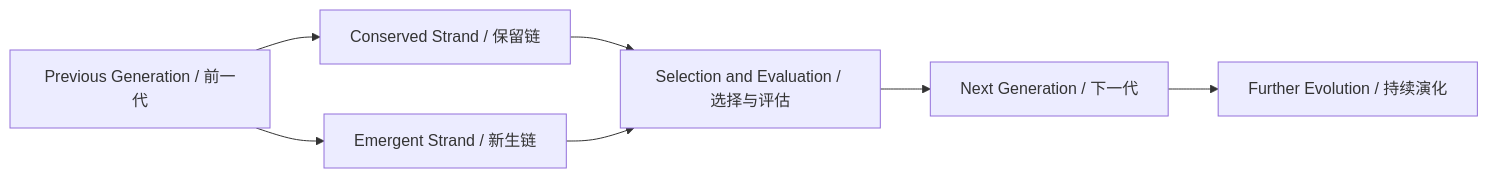
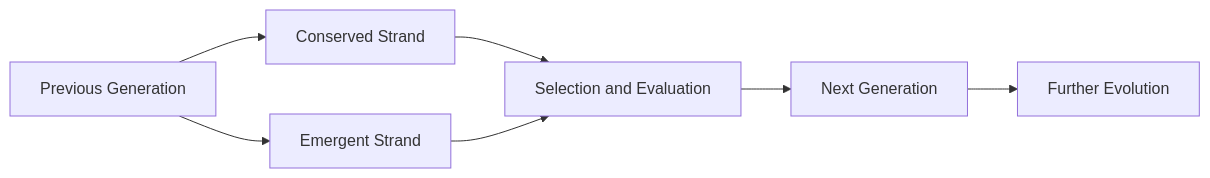
Before and after one commit to televgtamfe-coder/HelixForge: the fifth of 8 diagrams in README.md, drawn with Mermaid. The commit also changed other lines of this file and 1 other file, not shown here.

````diff
--- a/README.md
+++ b/README.md
@@ -174,9 +150,9 @@
 ```mermaid
 flowchart LR
-    P["Previous Generation / 前一代"] --> O["Conserved Strand / 保留链"]
-    P --> N["Emergent Strand / 新生链"]
-    O --> S["Selection and Evaluation / 选择与评估"]
+    P["Previous Generation"] --> O["Conserved Strand"]
+    P --> N["Emergent Strand"]
+    O --> S["Selection and Evaluation"]
     N --> S
-    S --> G["Next Generation / 下一代"]
-    G --> F["Further Evolution / 持续演化"]
+    S --> G["Next Generation"]
+    G --> F["Further Evolution"]
 ```
````
